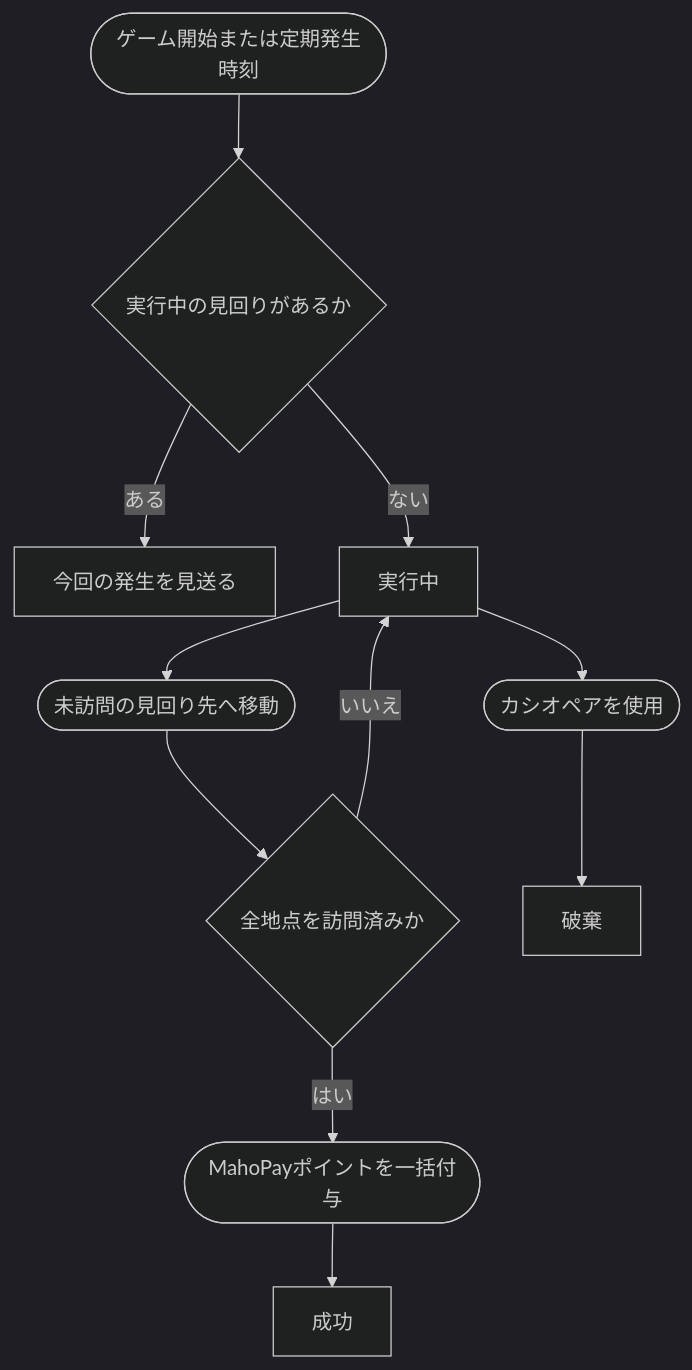
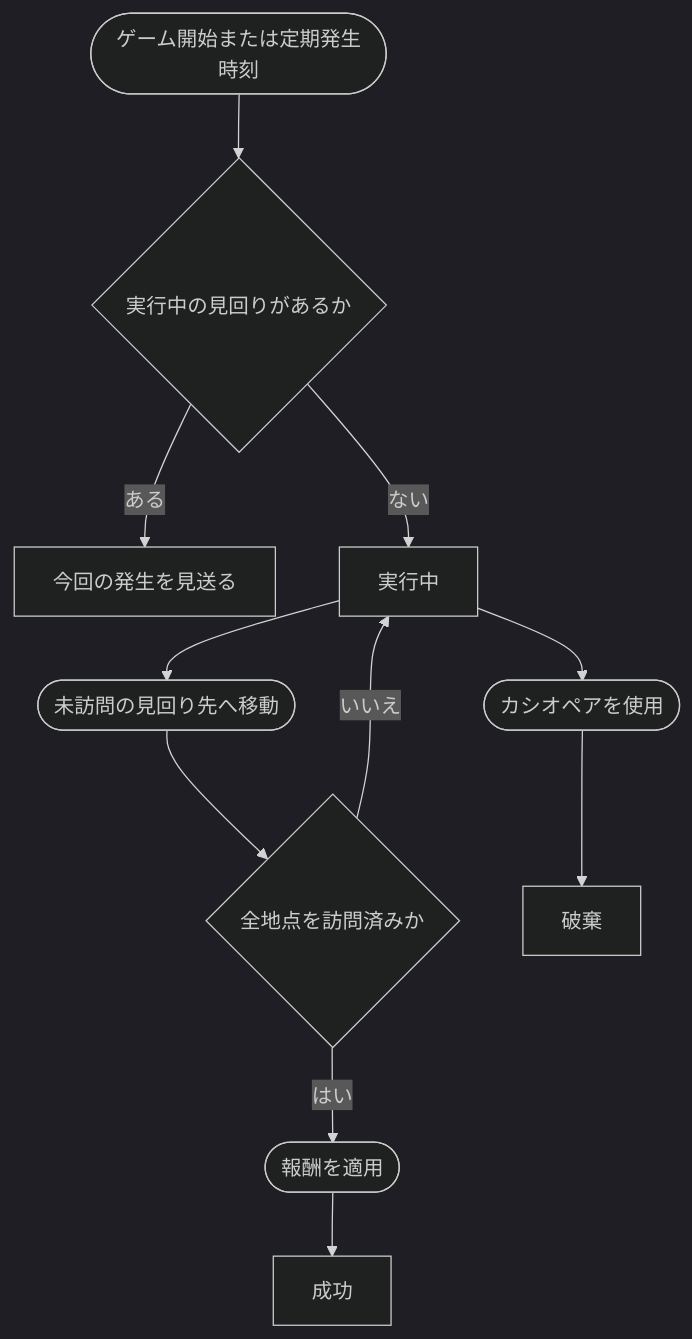
The diagram in docs/基本設計/イベント/見回りイベント.md (hachimitu22/negima-festival), drawn with Mermaid (dark theme) before and after one commit. The commit also changed other lines of this file and 8 other files, not shown here.

````diff
--- a/docs/基本設計/イベント/見回りイベント.md
+++ b/docs/基本設計/イベント/見回りイベント.md
@@ -57,16 +61,16 @@
 ```mermaid
 flowchart TB
   Schedule(["ゲーム開始または定期発生時刻"])
   Schedule --> CheckActive{"実行中の見回りがあるか"}
   CheckActive -->|ある| Skipped["今回の発生を見送る"]
   CheckActive -->|ない| Active["実行中"]
 
   Active --> Visit(["未訪問の見回り先へ移動"])
   Visit --> CheckComplete{"全地点を訪問済みか"}
   CheckComplete -->|いいえ| Active
-  CheckComplete -->|はい| Reward(["MahoPayポイントを一括付与"])
+  CheckComplete -->|はい| Reward(["報酬を適用"])
   Reward --> Succeeded["成功"]
 
   Active --> Rewind(["カシオペアを使用"])
   Rewind --> Discarded["破棄"]
 ```
````
